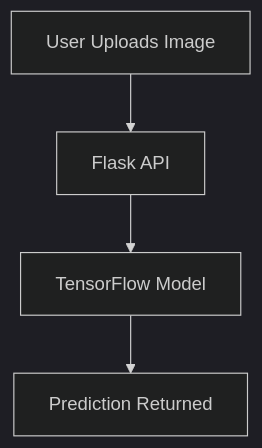
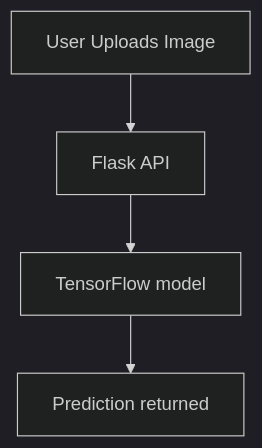
The fifth of 5 diagrams in 01-foundation/lesson-1/coffee-bean-ml-presentation.md (HiddeBV/iasa-ai-course), drawn with Mermaid (dark theme) before and after one commit. The commit also changed other lines of this file and 1 other file, not shown here.

Commit message:
Refine terminology and improve flowchart clarity in coffee bean ML presentation

````diff
--- a/01-foundation/lesson-1/coffee-bean-ml-presentation.md
+++ b/01-foundation/lesson-1/coffee-bean-ml-presentation.md
@@ -127,6 +120,6 @@
 ```mermaid
 flowchart TD
     A[User Uploads Image] --> B[Flask API]
-    B --> C[TensorFlow Model]
-    C --> D[Prediction Returned]
+    B --> C[TensorFlow model]
+    C --> D[Prediction returned]
 ```
````
